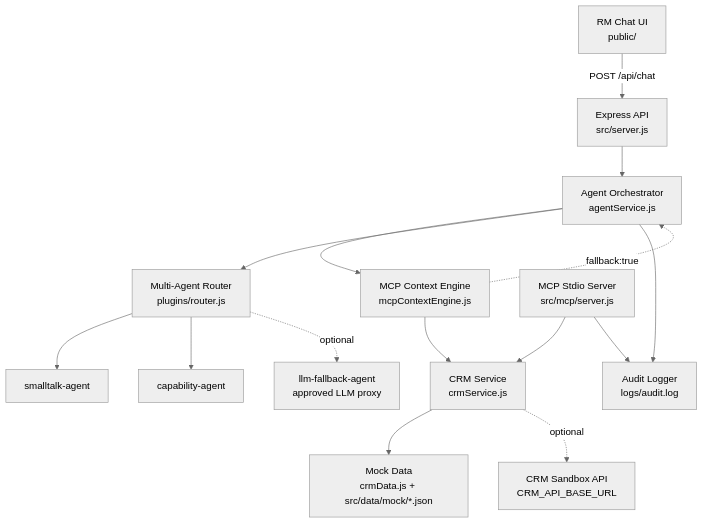
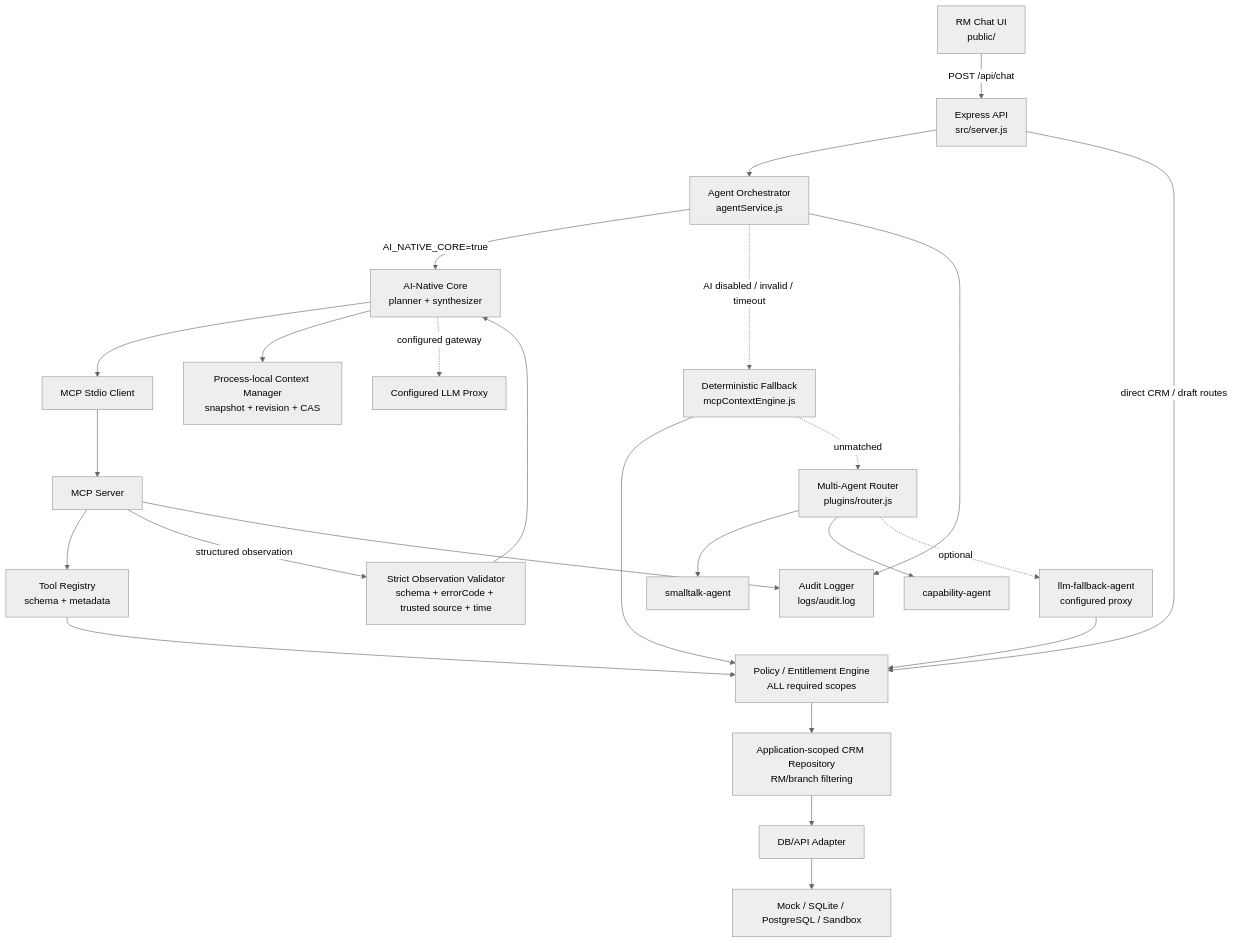
One commit to minhhieu-2003/CRM_MVP changed the first of 3 diagrams in docs/architecture/architecture.md. Above: the diagram before and after it, drawn with Mermaid (neutral theme). The commit also changed other lines of this file and 64 other files, not shown here.

````diff
--- a/docs/architecture/architecture.md
+++ b/docs/architecture/architecture.md
@@ -32,17 +41,27 @@
 ```mermaid
 flowchart TD
   UI[RM Chat UI<br/>public/] -->|POST /api/chat| API[Express API<br/>src/server.js]
   API --> ORCH[Agent Orchestrator<br/>agentService.js]
-  ORCH --> ENGINE[MCP Context Engine<br/>mcpContextEngine.js]
-  ENGINE --> CRM[CRM Service<br/>crmService.js]
-  CRM --> MOCK[Mock Data<br/>crmData.js + src/data/mock/*.json]
-  CRM -. optional .-> SANDBOX[CRM Sandbox API<br/>CRM_API_BASE_URL]
-  ENGINE -. fallback:true .-> ORCH
-  ORCH --> ROUTER[Multi-Agent Router<br/>plugins/router.js]
+  ORCH -->|AI_NATIVE_CORE=true| CORE[AI-Native Core<br/>planner + synthesizer]
+  CORE --> CLIENT[MCP Stdio Client]
+  CLIENT --> SERVER[MCP Server]
+  SERVER --> REG[Tool Registry<br/>schema + metadata]
+  REG --> POLICY[Policy / Entitlement Engine<br/>ALL required scopes]
+  POLICY --> REPO[Application-scoped CRM Repository<br/>RM/branch filtering]
+  REPO --> DB[DB/API Adapter]
+  DB --> DATA[Mock / SQLite / PostgreSQL / Sandbox]
+  SERVER -->|structured observation| OBS[Strict Observation Validator<br/>schema + errorCode + trusted source + time]
+  OBS --> CORE
+  CORE --> CTX[Process-local Context Manager<br/>snapshot + revision + CAS]
+  CORE -. configured gateway .-> LLM[Configured LLM Proxy]
+  ORCH -. AI disabled / invalid / timeout .-> ENGINE[Deterministic Fallback<br/>mcpContextEngine.js]
+  ENGINE --> POLICY
+  ENGINE -. unmatched .-> ROUTER[Multi-Agent Router<br/>plugins/router.js]
   ROUTER --> SMALLTALK[smalltalk-agent]
   ROUTER --> CAPABILITY[capability-agent]
-  ROUTER -. optional .-> LLM[llm-fallback-agent<br/>approved LLM proxy]
+  ROUTER -. optional .-> LLMF[llm-fallback-agent<br/>configured proxy]
+  LLMF --> POLICY
+  API -->|direct CRM / draft routes| POLICY
   ORCH --> AUDIT[Audit Logger<br/>logs/audit.log]
-  MCP[MCP Stdio Server<br/>src/mcp/server.js] --> CRM
-  MCP --> AUDIT
+  SERVER --> AUDIT
 ```
````
